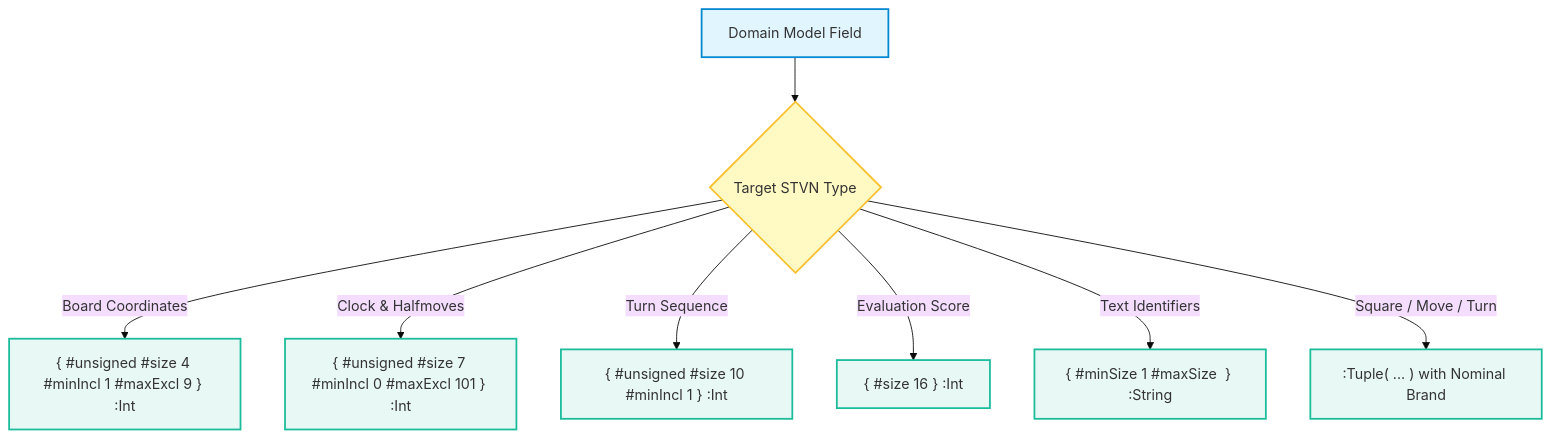
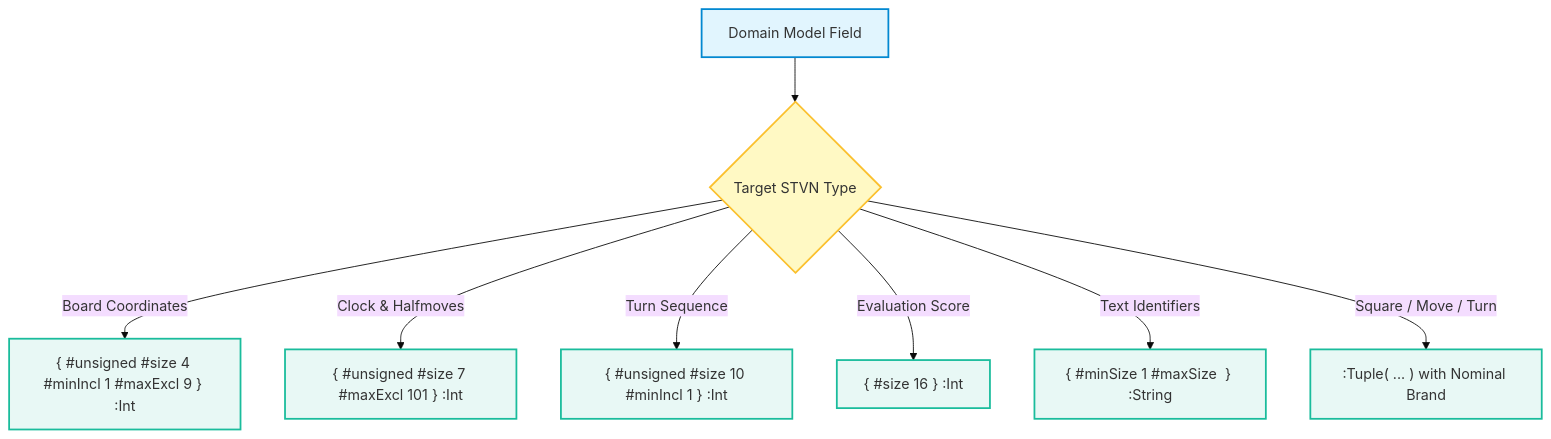
One commit to chaotic3quilibrium/stvnadore-app-showcase-chess changed the second of 3 diagrams in docs/architecture/STVN_CHESS_SHOWCASE_SPEC.md. Above: the diagram before and after it, drawn with Mermaid (base theme). The commit also changed other lines of this file and 7 other files, not shown here.

````diff
--- a/docs/architecture/STVN_CHESS_SHOWCASE_SPEC.md
+++ b/docs/architecture/STVN_CHESS_SHOWCASE_SPEC.md
@@ -45,15 +45,15 @@
 ```mermaid
 flowchart TD
     classDef domain fill:#E1F5FE,stroke:#0288D1,stroke-width:2px;
     classDef stvn fill:#E8F8F5,stroke:#1ABC9C,stroke-width:2px;
     classDef facet fill:#FFF9C4,stroke:#FBC02D,stroke-width:2px;
 
     Sub["Domain Model Field"]:::domain --> Target{"Target STVN Type"}:::facet
 
     Target -- "Board Coordinates" --> C1["{ #unsigned #size 4 #minIncl 1 #maxExcl 9 } :Int"]:::stvn
-    Target -- "Clock & Halfmoves" --> C2["{ #unsigned #size 7 #minIncl 0 #maxExcl 101 } :Int"]:::stvn
+    Target -- "Clock & Halfmoves" --> C2["{ #unsigned #size 7 #maxExcl 101 } :Int"]:::stvn
     Target -- "Turn Sequence" --> C3["{ #unsigned #size 10 #minIncl 1 } :Int"]:::stvn
     Target -- "Evaluation Score" --> C4["{ #size 16 } :Int"]:::stvn
     Target -- "Text Identifiers" --> C5["{ #minSize 1 #maxSize <N> } :String"]:::stvn
     Target -- "Square / Move / Turn" --> C6[":Tuple( ... ) with Nominal Brand"]:::stvn
 ```
````
